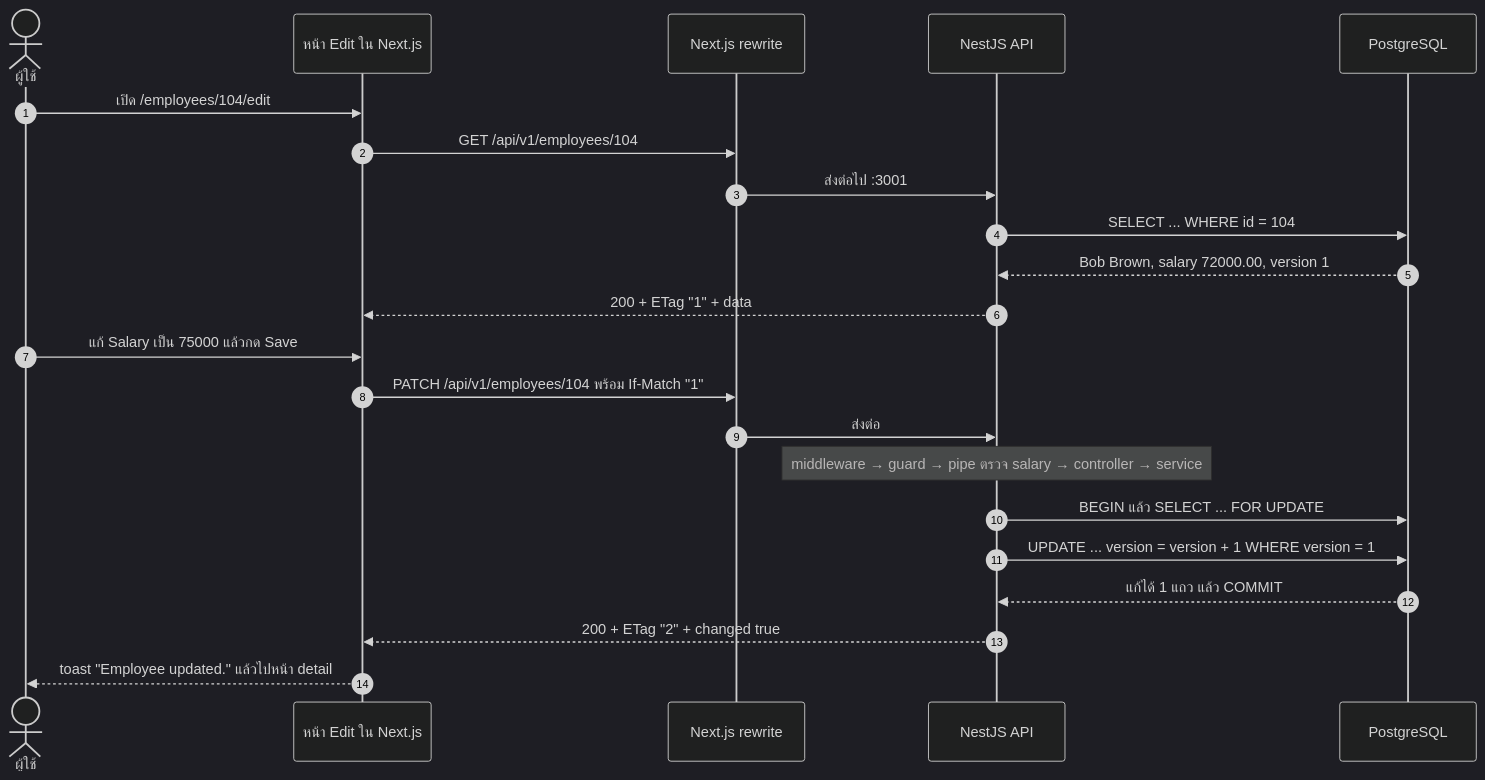
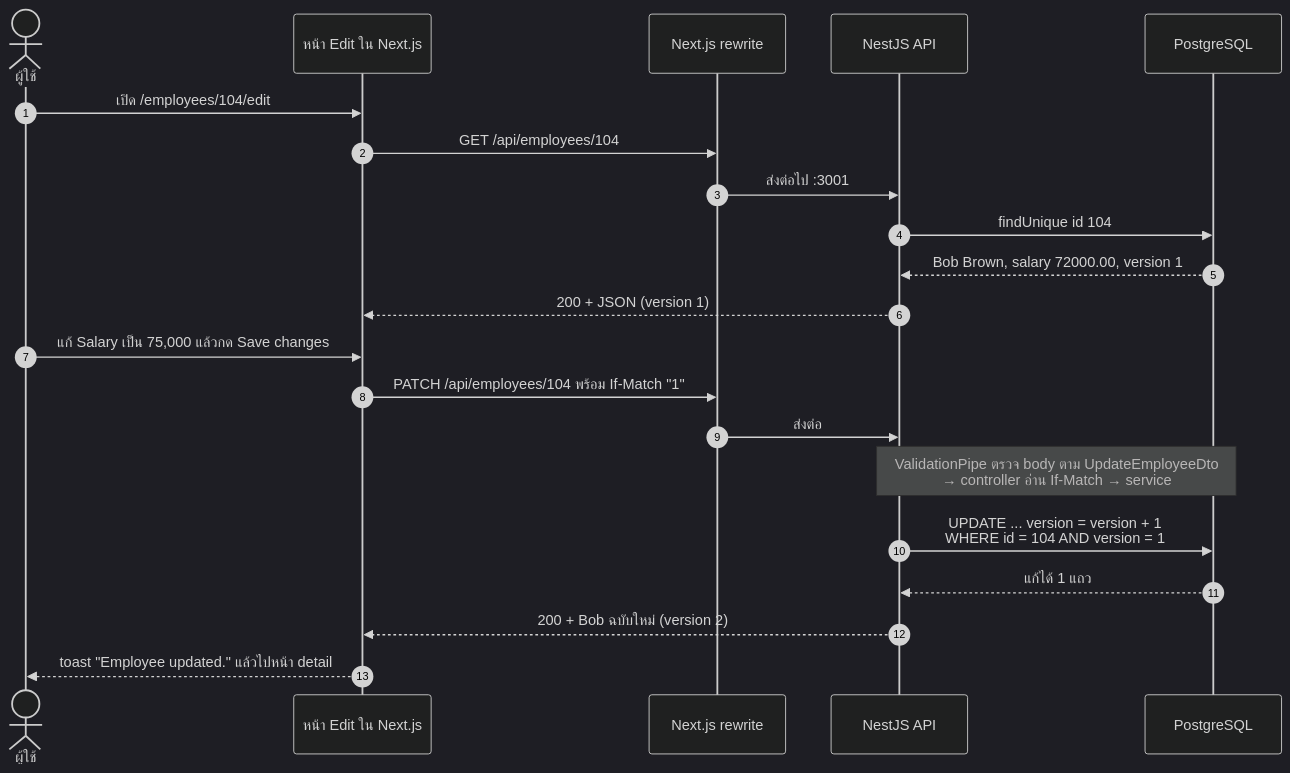
The second of 3 diagrams in docs/learn/01-big-picture.md (sittipong-hemloun/helius-tech-test), drawn with Mermaid (dark theme) before and after one commit. The commit also changed other lines of this file and 180 other files, not shown here.

````diff
--- a/docs/learn/01-big-picture.md
+++ b/docs/learn/01-big-picture.md
@@ -114,25 +110,24 @@
 ```mermaid
 sequenceDiagram
     autonumber
     actor U as ผู้ใช้
     participant UI as หน้า Edit ใน Next.js
     participant RW as Next.js rewrite
     participant API as NestJS API
     participant DB as PostgreSQL
 
     U->>UI: เปิด /employees/104/edit
-    UI->>RW: GET /api/v1/employees/104
+    UI->>RW: GET /api/employees/104
     RW->>API: ส่งต่อไป :3001
-    API->>DB: SELECT ... WHERE id = 104
+    API->>DB: findUnique id 104
     DB-->>API: Bob Brown, salary 72000.00, version 1
-    API-->>UI: 200 + ETag "1" + data
-    U->>UI: แก้ Salary เป็น 75000 แล้วกด Save
-    UI->>RW: PATCH /api/v1/employees/104 พร้อม If-Match "1"
+    API-->>UI: 200 + JSON (version 1)
+    U->>UI: แก้ Salary เป็น 75,000 แล้วกด Save changes
+    UI->>RW: PATCH /api/employees/104 พร้อม If-Match "1"
     RW->>API: ส่งต่อ
-    Note over API: middleware → guard → pipe ตรวจ salary → controller → service
-    API->>DB: BEGIN แล้ว SELECT ... FOR UPDATE
-    API->>DB: UPDATE ... version = version + 1 WHERE version = 1
-    DB-->>API: แก้ได้ 1 แถว แล้ว COMMIT
-    API-->>UI: 200 + ETag "2" + changed true
+    Note over API,DB: ValidationPipe ตรวจ body ตาม UpdateEmployeeDto<br/>→ controller อ่าน If-Match → service
+    API->>DB: UPDATE ... version = version + 1<br/>WHERE id = 104 AND version = 1
+    DB-->>API: แก้ได้ 1 แถว
+    API-->>UI: 200 + Bob ฉบับใหม่ (version 2)
     UI-->>U: toast "Employee updated." แล้วไปหน้า detail
 ```
````
